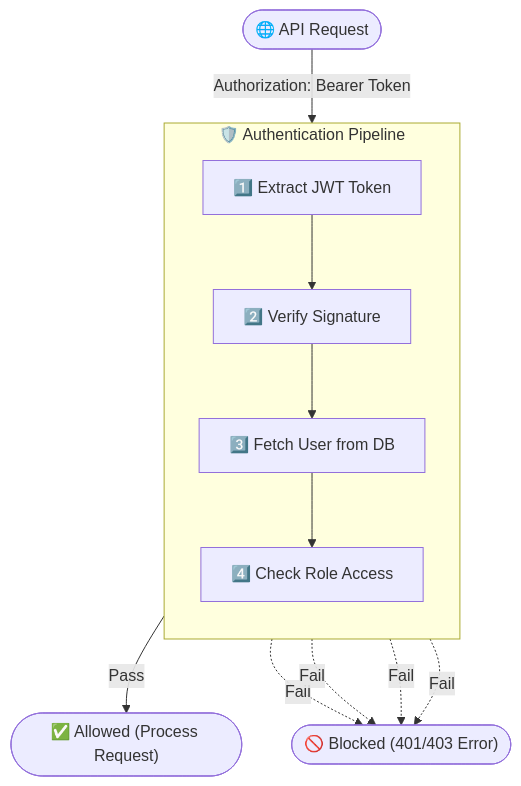
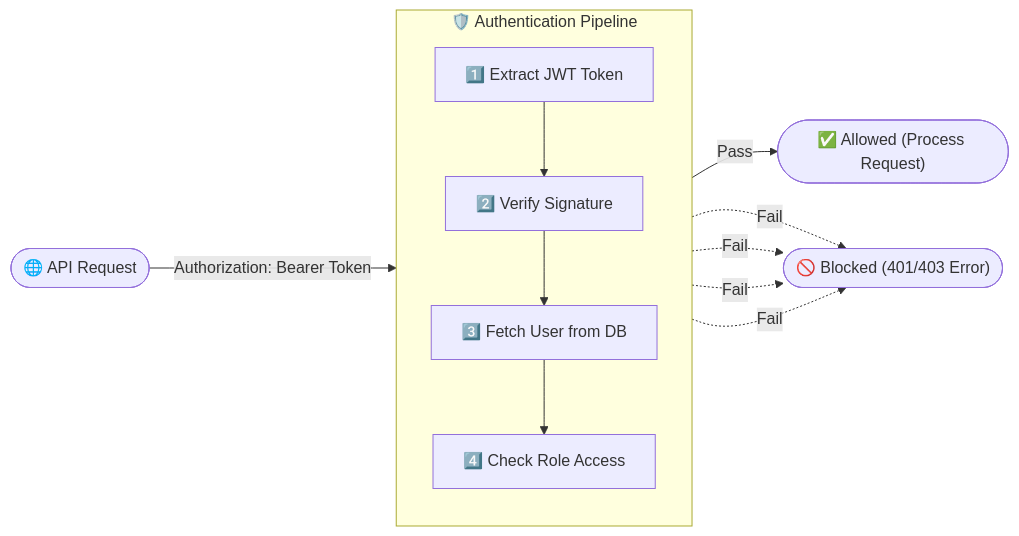
The second of 2 diagrams in README.md (Himanshu-Singh11/Feedback-Collector), drawn with Mermaid before and after one commit.

Commit message:
docs: Change flowchart direction to fix overlapping title rendering

````diff
--- a/README.md
+++ b/README.md
@@ -141,25 +141,25 @@
 ```mermaid
-flowchart TD
+flowchart LR
     Request(["🌐 API Request"])
     
     subgraph Middleware ["🛡️ Authentication Pipeline"]
         direction TB
         T["1️⃣ Extract JWT Token"]
         V["2️⃣ Verify Signature"]
         U["3️⃣ Fetch User from DB"]
         R["4️⃣ Check Role Access"]
         
         T --> V --> U --> R
     end
     
     Block(["🚫 Blocked (401/403 Error)"])
     Allow(["✅ Allowed (Process Request)"])
 
     Request -- "Authorization: Bearer Token" --> T
     R -- "Pass" --> Allow
     
     T -. "Fail" .-> Block
     V -. "Fail" .-> Block
     U -. "Fail" .-> Block
     R -. "Fail" .-> Block
 ```
````
